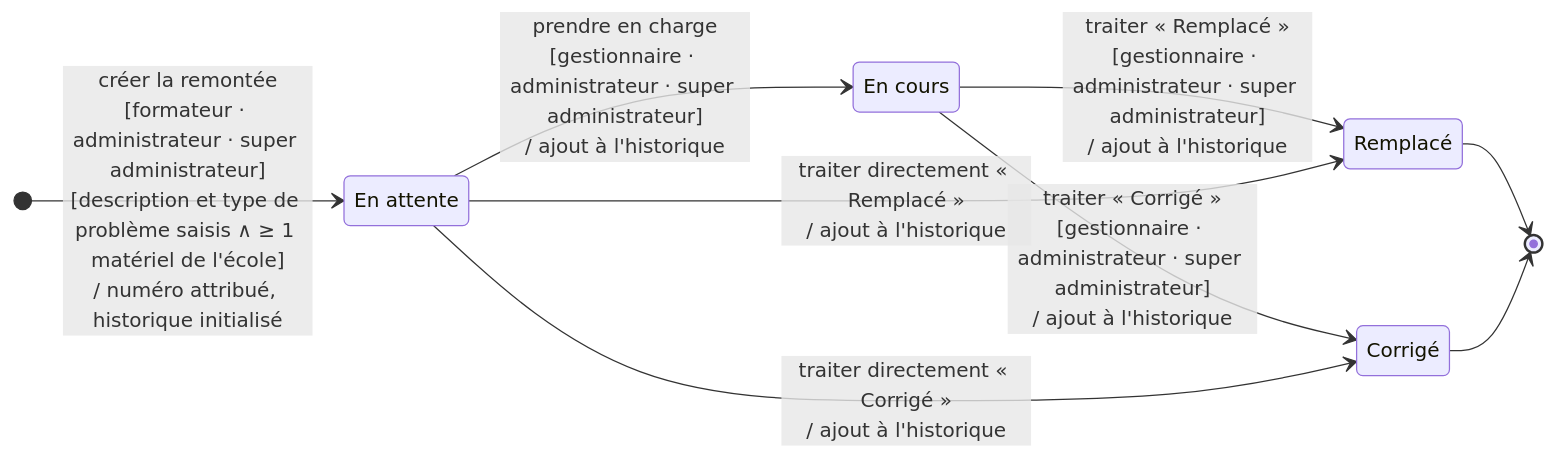
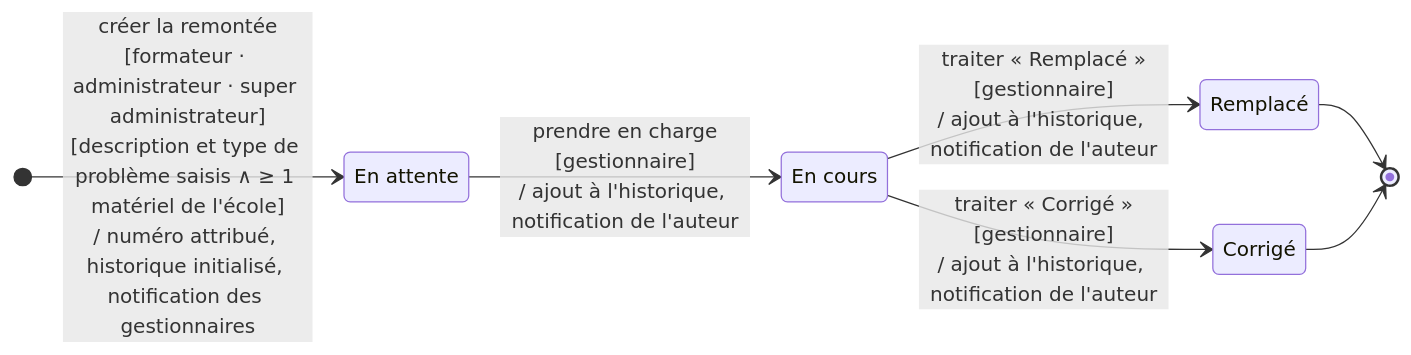
Before and after one commit to bpierrelouis/aster: the first of 2 diagrams in docs/temporaire/DIAGRAMMES-ETATS-BROUILLON-V1.md, drawn with Mermaid. The commit also changed other lines of this file and 11 other files, not shown here.

````diff
--- a/docs/temporaire/DIAGRAMMES-ETATS-BROUILLON-V1.md
+++ b/docs/temporaire/DIAGRAMMES-ETATS-BROUILLON-V1.md
@@ -11,17 +11,15 @@
 ```mermaid
 stateDiagram-v2
     direction LR
-    [*] --> attente : créer la remontée<br/>[formateur · administrateur · super administrateur]<br/>[description et type de problème saisis ∧ ≥ 1 matériel de l'école]<br/>/ numéro attribué, historique initialisé
-    attente --> encours : prendre en charge<br/>[gestionnaire · administrateur · super administrateur]<br/>/ ajout à l'historique
-    encours --> remplace : traiter « Remplacé »<br/>[gestionnaire · administrateur · super administrateur]<br/>/ ajout à l'historique
-    encours --> corrige : traiter « Corrigé »<br/>[gestionnaire · administrateur · super administrateur]<br/>/ ajout à l'historique
-    attente --> remplace : traiter directement « Remplacé »<br/>/ ajout à l'historique
-    attente --> corrige : traiter directement « Corrigé »<br/>/ ajout à l'historique
+    [*] --> attente : créer la remontée<br/>[formateur · administrateur · super administrateur]<br/>[description et type de problème saisis ∧ ≥ 1 matériel de l'école]<br/>/ numéro attribué, historique initialisé, notification des gestionnaires
+    attente --> encours : prendre en charge<br/>[gestionnaire]<br/>/ ajout à l'historique, notification de l'auteur
+    encours --> remplace : traiter « Remplacé »<br/>[gestionnaire]<br/>/ ajout à l'historique, notification de l'auteur
+    encours --> corrige : traiter « Corrigé »<br/>[gestionnaire]<br/>/ ajout à l'historique, notification de l'auteur
     remplace --> [*]
     corrige --> [*]
 
     attente : En attente
     encours : En cours
     remplace : Remplacé
     corrige : Corrigé
 ```
````
